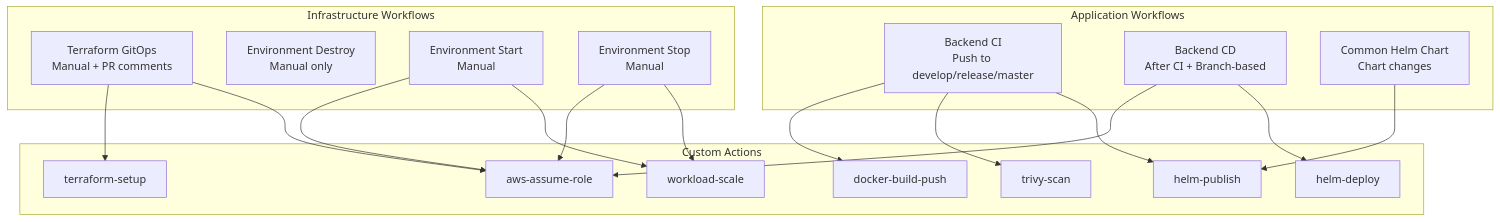
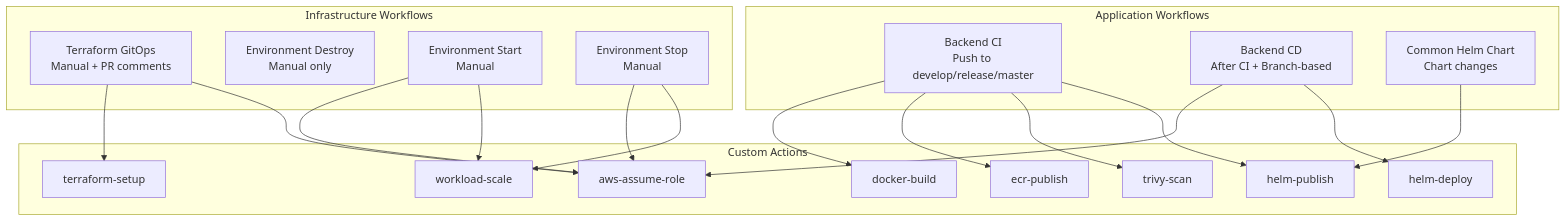
The fifth of 21 diagrams in sre/docs/ARCHITECTURE.md (actekmetric/interview), drawn with Mermaid before and after one commit. The commit also changed 13 other files, not shown here.

````diff
--- a/sre/docs/ARCHITECTURE.md
+++ b/sre/docs/ARCHITECTURE.md
@@ -316,43 +316,45 @@
 ```mermaid
 graph TB
     subgraph "Infrastructure Workflows"
         TF[Terraform GitOps<br/>Manual + PR comments]
         DESTROY[Environment Destroy<br/>Manual only]
         START[Environment Start<br/>Manual]
         STOP[Environment Stop<br/>Manual]
     end
 
     subgraph "Application Workflows"
         CI[Backend CI<br/>Push to develop/release/master]
         CD[Backend CD<br/>After CI + Branch-based]
         COMMON[Common Helm Chart<br/>Chart changes]
     end
 
     subgraph "Custom Actions"
         TF_SETUP[terraform-setup]
         AWS_AUTH[aws-assume-role]
-        DOCKER_BUILD[docker-build-push]
+        DOCKER_BUILD[docker-build]
+        ECR_PUB[ecr-publish]
         TRIVY[trivy-scan]
         HELM_PUB[helm-publish]
         HELM_DEP[helm-deploy]
         SCALE[workload-scale]
     end
 
     TF --> TF_SETUP
     TF --> AWS_AUTH
 
     CI --> DOCKER_BUILD
+    CI --> ECR_PUB
     CI --> TRIVY
     CI --> HELM_PUB
 
     CD --> AWS_AUTH
     CD --> HELM_DEP
 
     STOP --> AWS_AUTH
     STOP --> SCALE
 
     START --> AWS_AUTH
     START --> SCALE
 
     COMMON --> HELM_PUB
 ```
````
